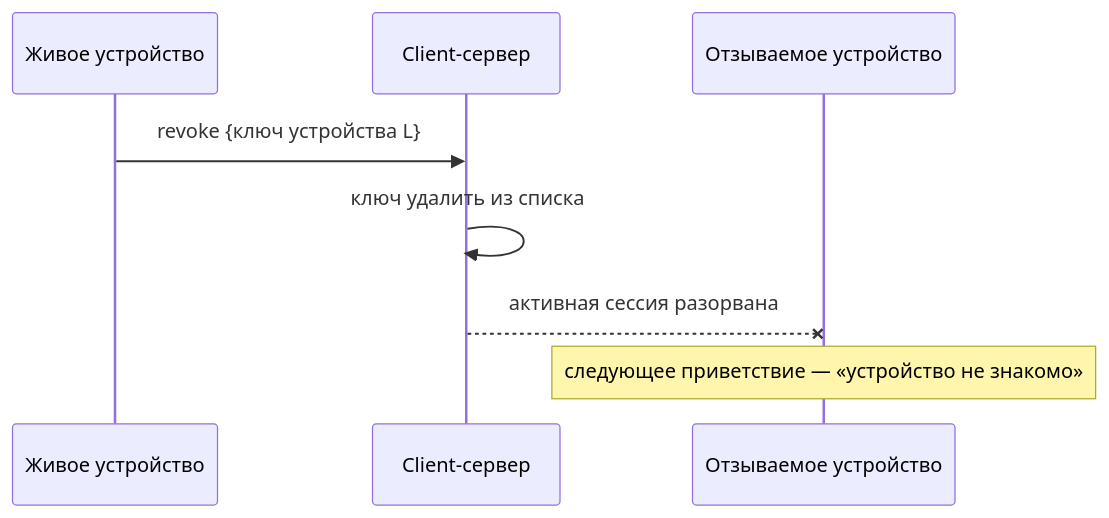
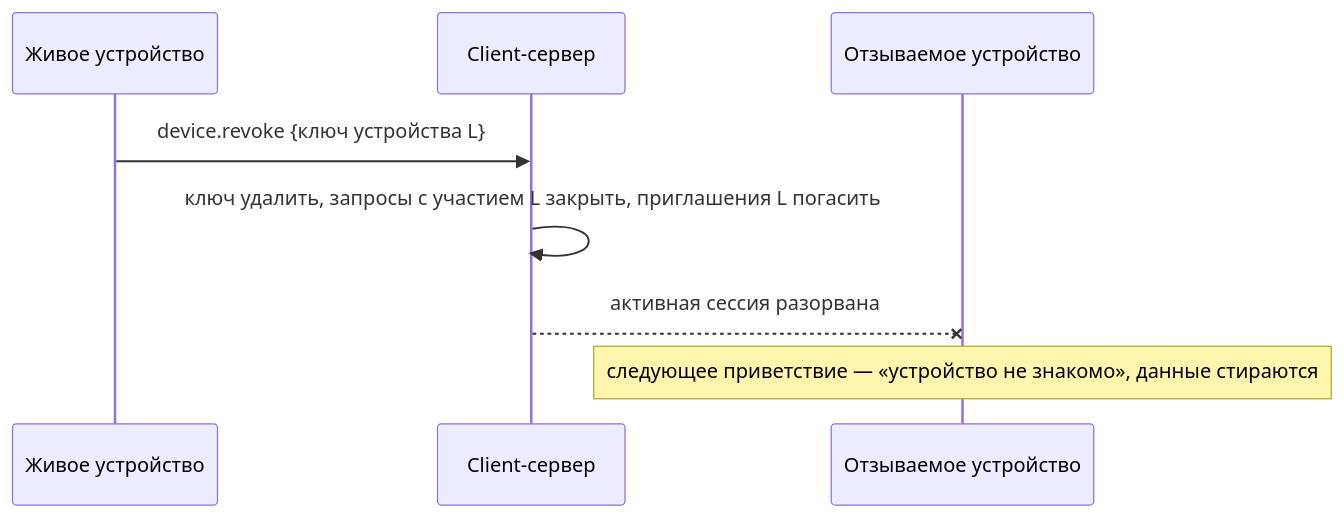
Before and after one commit to cyphernet-labs/nox-app: the fourth of 5 diagrams in docs/client-backend/architecture/authentication.md, drawn with Mermaid. The commit also changed other lines of this file and 6 other files, not shown here.

````diff
--- a/docs/client-backend/architecture/authentication.md
+++ b/docs/client-backend/architecture/authentication.md
@@ -163,10 +153,10 @@
 ```mermaid
 sequenceDiagram
   participant P as Живое устройство
   participant CB as Client-сервер
   participant L as Отзываемое устройство
-  P->>CB: revoke {ключ устройства L}
-  CB->>CB: ключ удалить из списка
+  P->>CB: device.revoke {ключ устройства L}
+  CB->>CB: ключ удалить, запросы с участием L закрыть, приглашения L погасить
   CB--xL: активная сессия разорвана
-  Note over L: следующее приветствие — «устройство не знакомо»
+  Note over L: следующее приветствие — «устройство не знакомо», данные стираются
 ```
````
